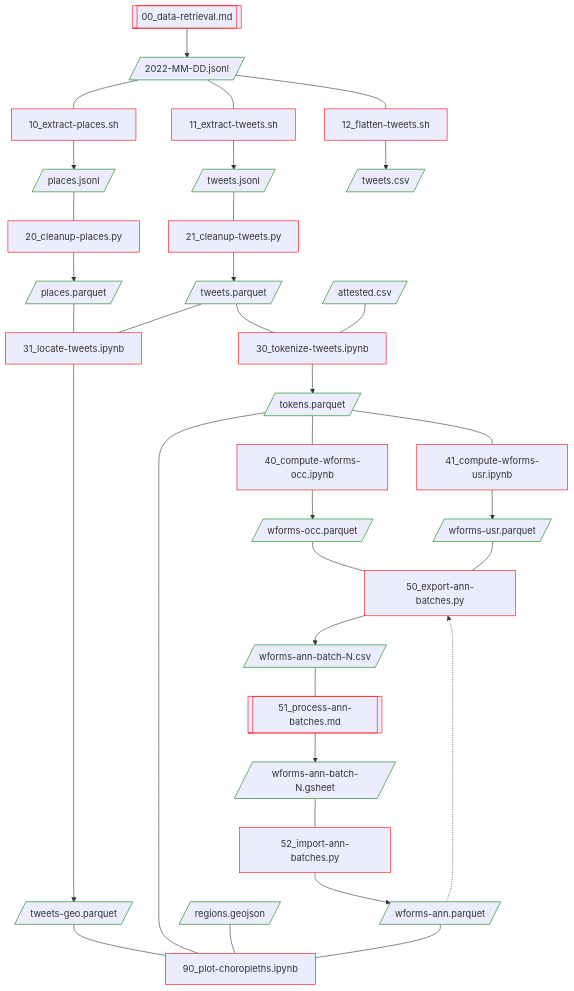
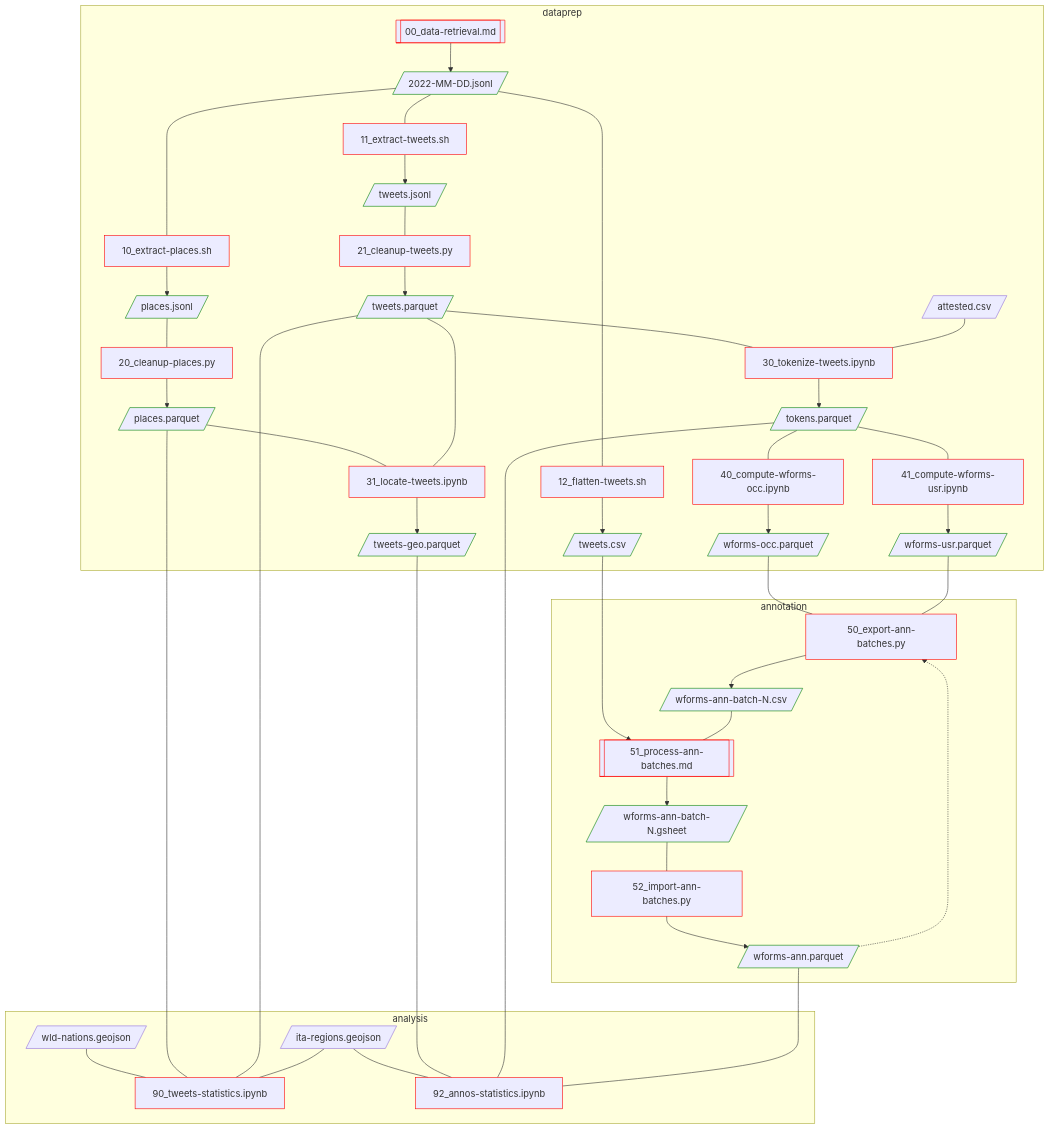
The diagram in README.md (breviloquia-italica/pipeline), drawn with Mermaid before and after one commit. The commit also changed other lines of this file, not shown here.

Commit message:
Update flowchart

````diff
--- a/README.md
+++ b/README.md
@@ -3,54 +3,78 @@
 ```mermaid
 flowchart TD;
+
+attested.csv[/attested.csv/]:::extdata;
+ita-regions.geojson[/ita-regions.geojson/]:::extdata
+wld-nations.geojson[/wld-nations.geojson/]:::extdata
+
+subgraph dataprep
 
 00[[00_data-retrieval.md]]:::code;
 00 --> 2022-MM-DD.jsonl[/2022-MM-DD.jsonl/]:::data;
 
 10[10_extract-places.sh]:::code;
 11[11_extract-tweets.sh]:::code;
 12[12_flatten-tweets.sh]:::code;
 2022-MM-DD.jsonl --- 10 --> places.jsonl[/places.jsonl/]:::data;
 2022-MM-DD.jsonl --- 11 --> tweets.jsonl[/tweets.jsonl/]:::data;
 2022-MM-DD.jsonl --- 12 --> tweets.csv[/tweets.csv/]:::data;
 
 20[20_cleanup-places.py]:::code;
 21[21_cleanup-tweets.py]:::code;
 places.jsonl --- 20 --> places.parquet[/places.parquet/]:::data;
 tweets.jsonl --- 21 --> tweets.parquet[/tweets.parquet/]:::data;
 
 31[31_locate-tweets.ipynb]:::code;
 places.parquet --- 31;
 tweets.parquet --- 31 --> tweets-geo.parquet[/tweets-geo.parquet/]:::data;
 
 30[30_tokenize-tweets.ipynb]:::code;
 tweets.parquet --- 30;
-attested.csv[/attested.csv/]:::data --- 30;
+attested.csv --- 30;
 30 --> tokens.parquet[/tokens.parquet/]:::data;
 
 40[40_compute-wforms-occ.ipynb]:::code;
 tokens.parquet --- 40 --> wforms-occ.parquet[/wforms-occ.parquet/]:::data;
 
 41[41_compute-wforms-usr.ipynb]:::code;
 tokens.parquet --- 41 --> wforms-usr.parquet[/wforms-usr.parquet/]:::data;
 
+end
+
+subgraph annotation
+
 50[50_export-ann-batches.py]:::code;
 wforms-occ.parquet --- 50;
 wforms-usr.parquet --- 50;
 50 --> wforms-ann-batch-N.csv[/"wforms-ann-batch-N.csv"/]:::data;
 
 51[[51_process-ann-batches.md]]:::code;
+tweets.csv --> 51;
 wforms-ann-batch-N.csv --- 51 --> wforms-ann-batch-N.gsheet[/wforms-ann-batch-N.gsheet/]:::data;
 wforms-ann.parquet -.-> 50;
 
 52[52_import-ann-batches.py]:::code;
 wforms-ann-batch-N.gsheet --- 52 --> wforms-ann.parquet[/wforms-ann.parquet/]:::data;
 
-90[90_plot-choropleths.ipynb]:::code;
-tweets-geo.parquet --- 90;
-tokens.parquet --- 90;
-regions.geojson[/regions.geojson/]:::data --- 90;
-wforms-ann.parquet --- 90;
+end
+
+subgraph analysis
+
+90[90_tweets-statistics.ipynb]:::code;
+wld-nations.geojson --- 90;
+places.parquet --- 90;
+tweets.parquet --- 90;
+ita-regions.geojson --- 90;
+
+92[92_annos-statistics.ipynb]:::code;
+ita-regions.geojson --- 92;
+tweets-geo.parquet --- 92;
+tokens.parquet --- 92;
+wforms-ann.parquet ---- 92;
+
+end
 
 classDef code stroke:red;
 classDef data stroke:green,shape:rectangle;
+classDef extdata shape:rectangle;
 ```
````
